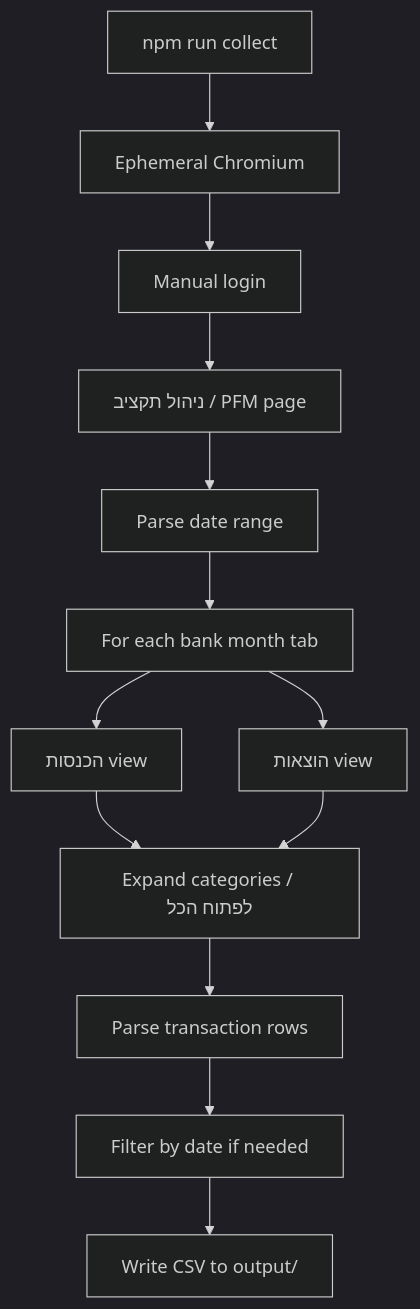
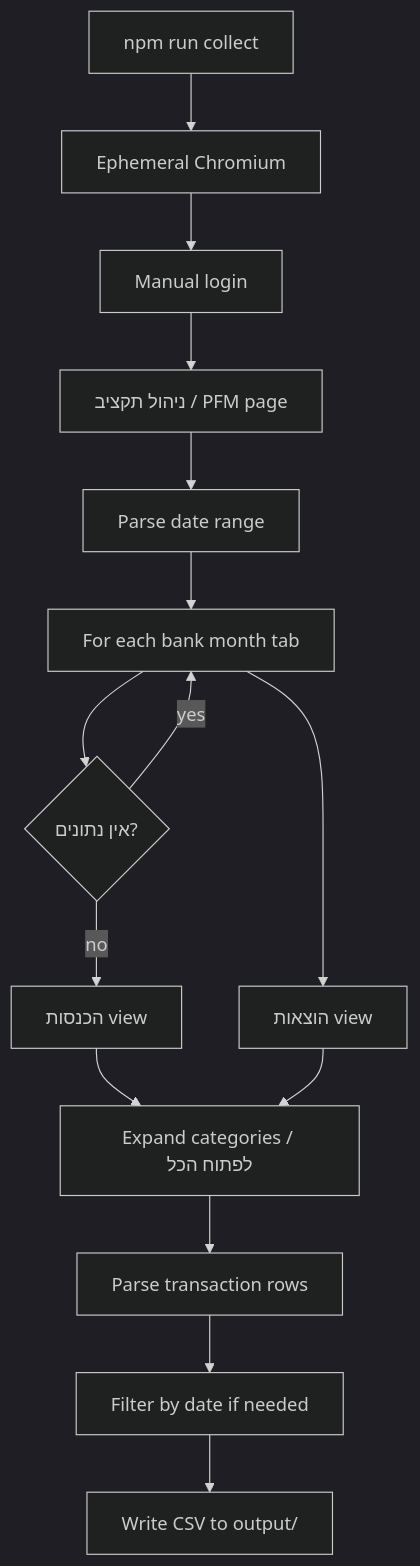
Before and after one commit to evg-alt/hapoalim-budget-export: the diagram in docs/architecture.md, drawn with Mermaid (dark theme). The commit also changed other lines of this file and 11 other files, not shown here.

````diff
--- a/docs/architecture.md
+++ b/docs/architecture.md
@@ -7,15 +7,17 @@
 ```mermaid
 flowchart TD
   A[npm run collect] --> B[Ephemeral Chromium]
   B --> C[Manual login]
   C --> D[ניהול תקציב / PFM page]
   D --> E[Parse date range]
   E --> F[For each bank month tab]
-  F --> G[הכנסות view]
+  F --> F2{אין נתונים?}
+  F2 -->|yes| F
+  F2 -->|no| G[הכנסות view]
   F --> H[הוצאות view]
   G --> I[Expand categories / לפתוח הכל]
   H --> I
   I --> J[Parse transaction rows]
   J --> K[Filter by date if needed]
   K --> L[Write CSV to output/]
 ```
````
